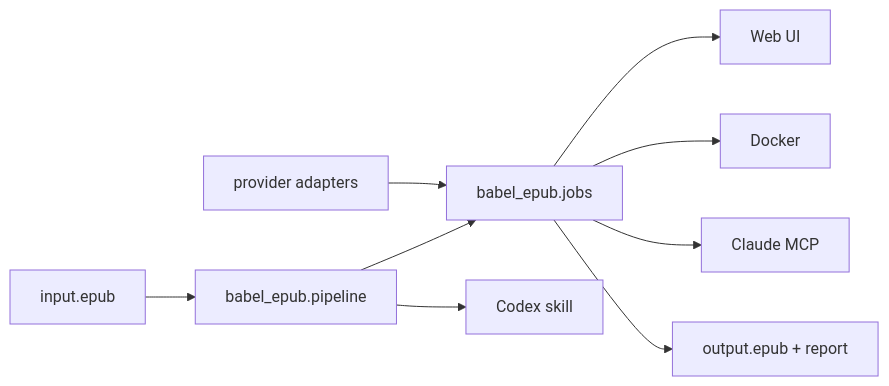
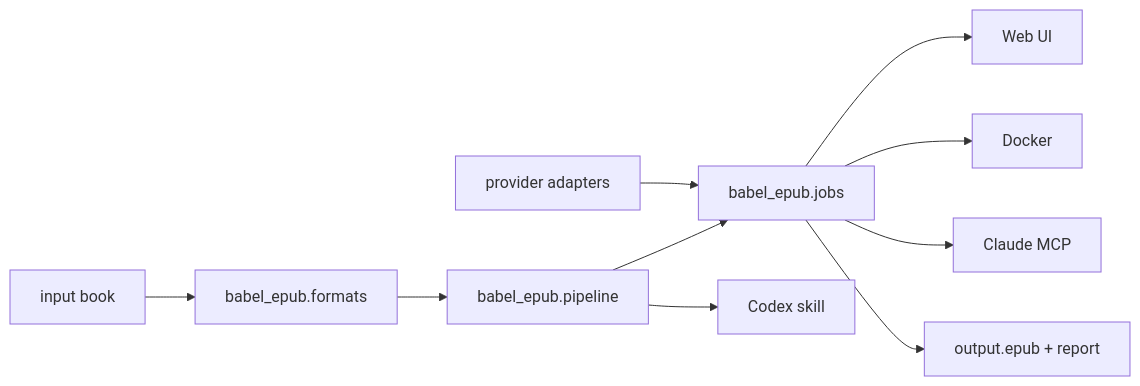
One commit to Yipxiyi/Babel changed the diagram in docs/ARCHITECTURE.md. Above: the diagram before and after it, drawn with Mermaid. The commit also changed other lines of this file and 23 other files, not shown here.

Commit message:
Support mainstream ebook input formats

````diff
--- a/docs/ARCHITECTURE.md
+++ b/docs/ARCHITECTURE.md
@@ -7,11 +7,12 @@
 ```mermaid
 flowchart LR
-  A["input.epub"] --> B["babel_epub.pipeline"]
+  A["input book"] --> Z["babel_epub.formats"]
+  Z --> B["babel_epub.pipeline"]
   B --> C["babel_epub.jobs"]
   D["provider adapters"] --> C
   C --> E["Web UI"]
   C --> F["Docker"]
   B --> G["Codex skill"]
   C --> H["Claude MCP"]
   C --> I["output.epub + report"]
 ```
````
